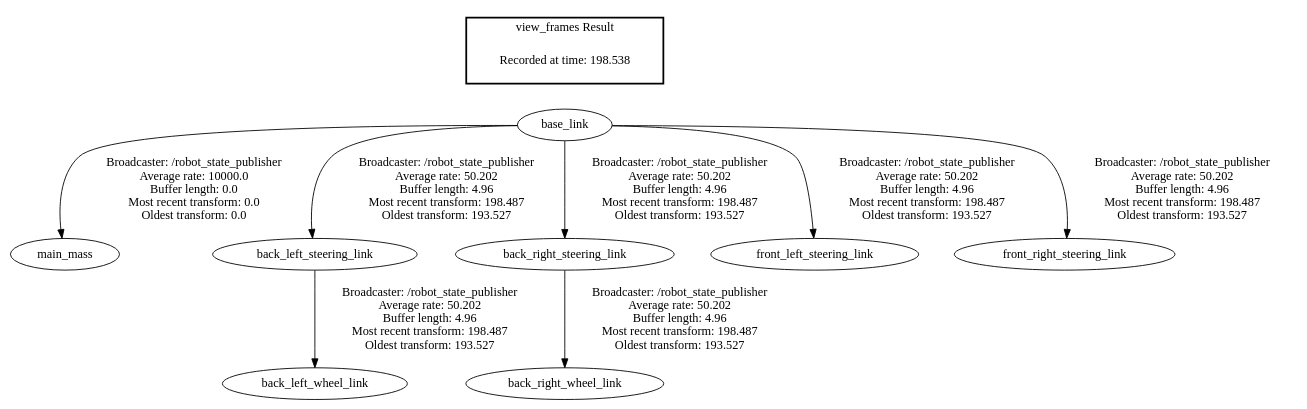
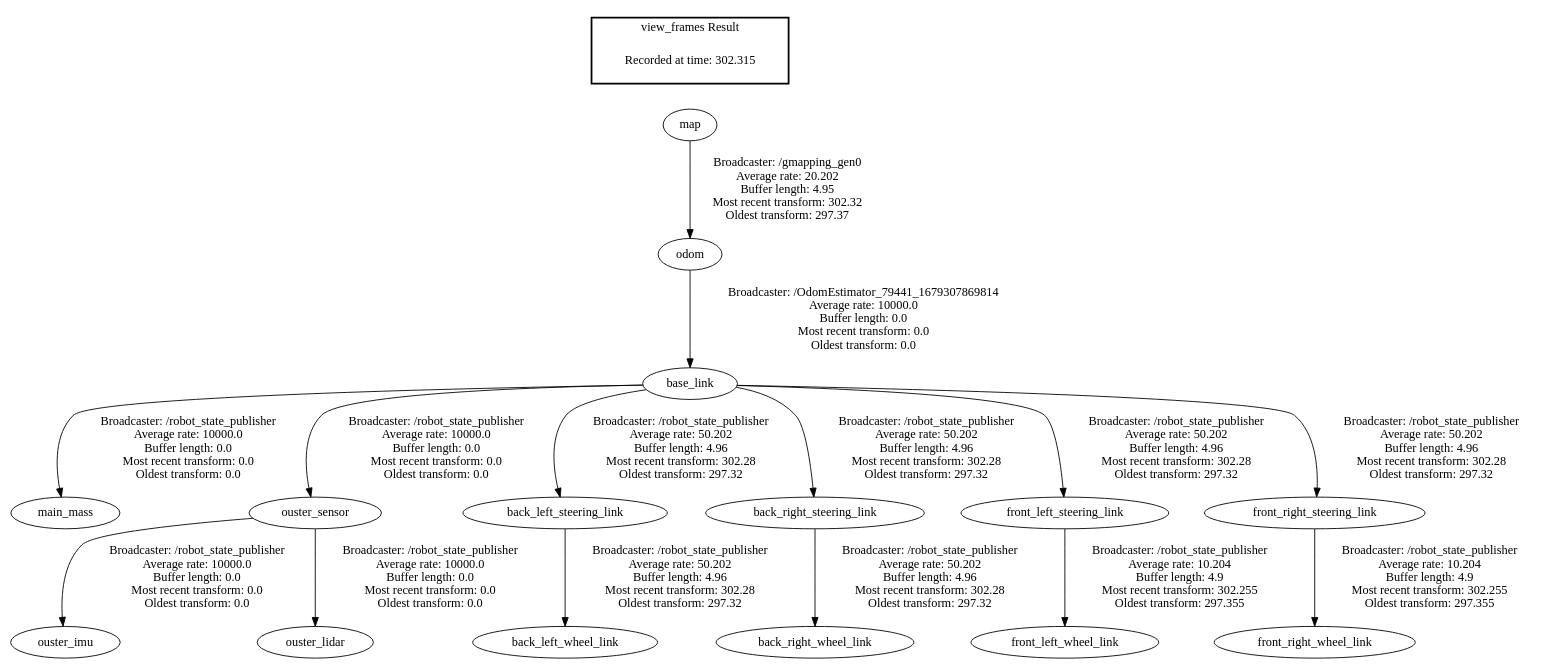
One commit to AV-Lab/gen0_gz_sim_ros2 changed the diagram in catkin_ws/frames.gv. Above: the diagram before and after it, drawn with Graphviz. The commit also changed 18 other files, not shown here.

```diff
--- a/catkin_ws/frames.gv
+++ b/catkin_ws/frames.gv
@@ -1,13 +1,20 @@
 digraph G {
 "base_link" -> "main_mass"[label=" Broadcaster: /robot_state_publisher\nAverage rate: 10000.0\nBuffer length: 0.0\nMost recent transform: 0.0\nOldest transform: 0.0\n"];
-"base_link" -> "back_left_steering_link"[label=" Broadcaster: /robot_state_publisher\nAverage rate: 50.202\nBuffer length: 4.96\nMost recent transform: 198.487\nOldest transform: 193.527\n"];
-"back_left_steering_link" -> "back_left_wheel_link"[label=" Broadcaster: /robot_state_publisher\nAverage rate: 50.202\nBuffer length: 4.96\nMost recent transform: 198.487\nOldest transform: 193.527\n"];
-"base_link" -> "back_right_steering_link"[label=" Broadcaster: /robot_state_publisher\nAverage rate: 50.202\nBuffer length: 4.96\nMost recent transform: 198.487\nOldest transform: 193.527\n"];
-"back_right_steering_link" -> "back_right_wheel_link"[label=" Broadcaster: /robot_state_publisher\nAverage rate: 50.202\nBuffer length: 4.96\nMost recent transform: 198.487\nOldest transform: 193.527\n"];
-"base_link" -> "front_left_steering_link"[label=" Broadcaster: /robot_state_publisher\nAverage rate: 50.202\nBuffer length: 4.96\nMost recent transform: 198.487\nOldest transform: 193.527\n"];
-"base_link" -> "front_right_steering_link"[label=" Broadcaster: /robot_state_publisher\nAverage rate: 50.202\nBuffer length: 4.96\nMost recent transform: 198.487\nOldest transform: 193.527\n"];
+"odom" -> "base_link"[label=" Broadcaster: /OdomEstimator_79441_1679307869814\nAverage rate: 10000.0\nBuffer length: 0.0\nMost recent transform: 0.0\nOldest transform: 0.0\n"];
+"ouster_sensor" -> "ouster_imu"[label=" Broadcaster: /robot_state_publisher\nAverage rate: 10000.0\nBuffer length: 0.0\nMost recent transform: 0.0\nOldest transform: 0.0\n"];
+"base_link" -> "ouster_sensor"[label=" Broadcaster: /robot_state_publisher\nAverage rate: 10000.0\nBuffer length: 0.0\nMost recent transform: 0.0\nOldest transform: 0.0\n"];
+"ouster_sensor" -> "ouster_lidar"[label=" Broadcaster: /robot_state_publisher\nAverage rate: 10000.0\nBuffer length: 0.0\nMost recent transform: 0.0\nOldest transform: 0.0\n"];
+"map" -> "odom"[label=" Broadcaster: /gmapping_gen0\nAverage rate: 20.202\nBuffer length: 4.95\nMost recent transform: 302.32\nOldest transform: 297.37\n"];
+"base_link" -> "back_left_steering_link"[label=" Broadcaster: /robot_state_publisher\nAverage rate: 50.202\nBuffer length: 4.96\nMost recent transform: 302.28\nOldest transform: 297.32\n"];
+"back_left_steering_link" -> "back_left_wheel_link"[label=" Broadcaster: /robot_state_publisher\nAverage rate: 50.202\nBuffer length: 4.96\nMost recent transform: 302.28\nOldest transform: 297.32\n"];
+"base_link" -> "back_right_steering_link"[label=" Broadcaster: /robot_state_publisher\nAverage rate: 50.202\nBuffer length: 4.96\nMost recent transform: 302.28\nOldest transform: 297.32\n"];
+"back_right_steering_link" -> "back_right_wheel_link"[label=" Broadcaster: /robot_state_publisher\nAverage rate: 50.202\nBuffer length: 4.96\nMost recent transform: 302.28\nOldest transform: 297.32\n"];
+"base_link" -> "front_left_steering_link"[label=" Broadcaster: /robot_state_publisher\nAverage rate: 50.202\nBuffer length: 4.96\nMost recent transform: 302.28\nOldest transform: 297.32\n"];
+"base_link" -> "front_right_steering_link"[label=" Broadcaster: /robot_state_publisher\nAverage rate: 50.202\nBuffer length: 4.96\nMost recent transform: 302.28\nOldest transform: 297.32\n"];
+"front_left_steering_link" -> "front_left_wheel_link"[label=" Broadcaster: /robot_state_publisher\nAverage rate: 10.204\nBuffer length: 4.9\nMost recent transform: 302.255\nOldest transform: 297.355\n"];
+"front_right_steering_link" -> "front_right_wheel_link"[label=" Broadcaster: /robot_state_publisher\nAverage rate: 10.204\nBuffer length: 4.9\nMost recent transform: 302.255\nOldest transform: 297.355\n"];
 edge [style=invis];
  subgraph cluster_legend { style=bold; color=black; label ="view_frames Result";
-"Recorded at time: 198.538"[ shape=plaintext ] ;
-}->"base_link";
+"Recorded at time: 302.315"[ shape=plaintext ] ;
+}->"map";
 }
```
